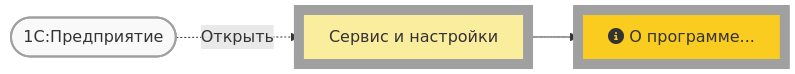
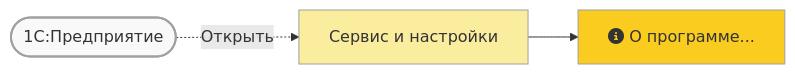
Before and after one commit to lugovoe/manual: the first of 2 diagrams in faq/crash/main-white-window.md, drawn with Mermaid. The commit also changed other lines of this file, not shown here.

````diff
--- a/faq/crash/main-white-window.md
+++ b/faq/crash/main-white-window.md
@@ -28,11 +28,11 @@
 ``` mermaid
 flowchart LR
   b1([1С:Предприятие]);
   b1 -. Открыть .-> m1[Сервис и настройки];
   m1 --> m2[fa:fa-info-circle О программе...];
-  classDef default fill:#facc1f,stroke:#a0a0a0,stroke-width:10px;
-  classDef button fill:#f9f9f9,stroke:#a0a0a0,stroke-width:2px;
+  classDef default fill:#facc1f,stroke:#a0a0a0,stroke-width:1px;
+  classDef button fill:#f9f9f9,stroke-width:2px;
   classDef mainmenu fill:#fbed9e;
   class b1 button;
   class m1 mainmenu;
 ```
````
